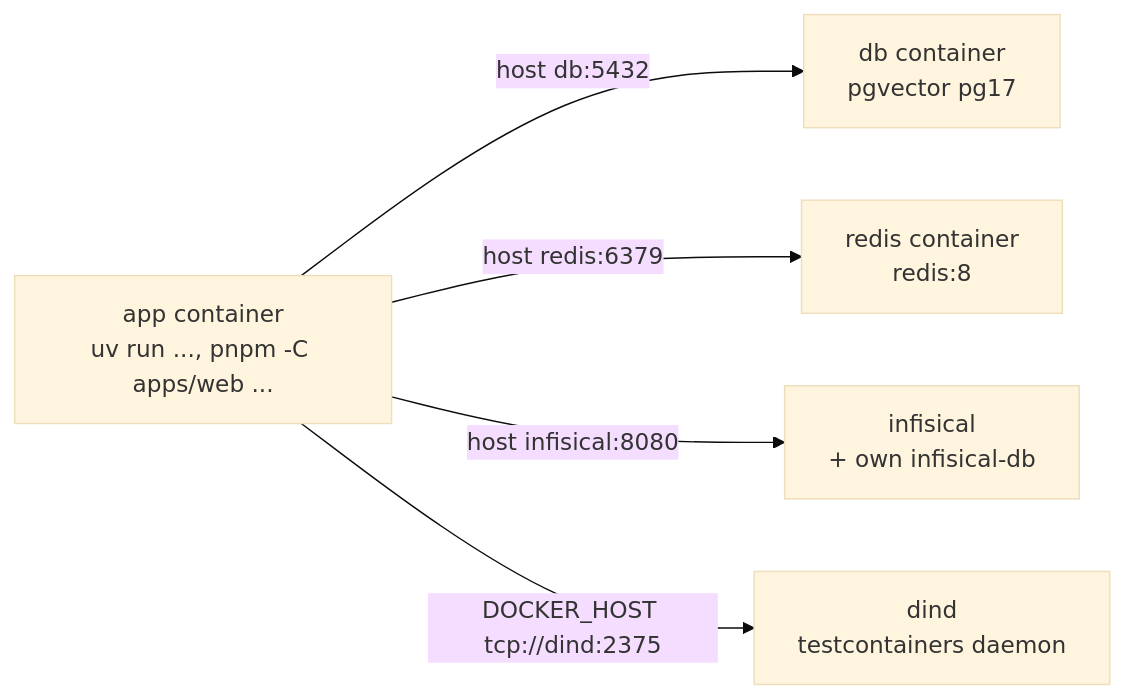
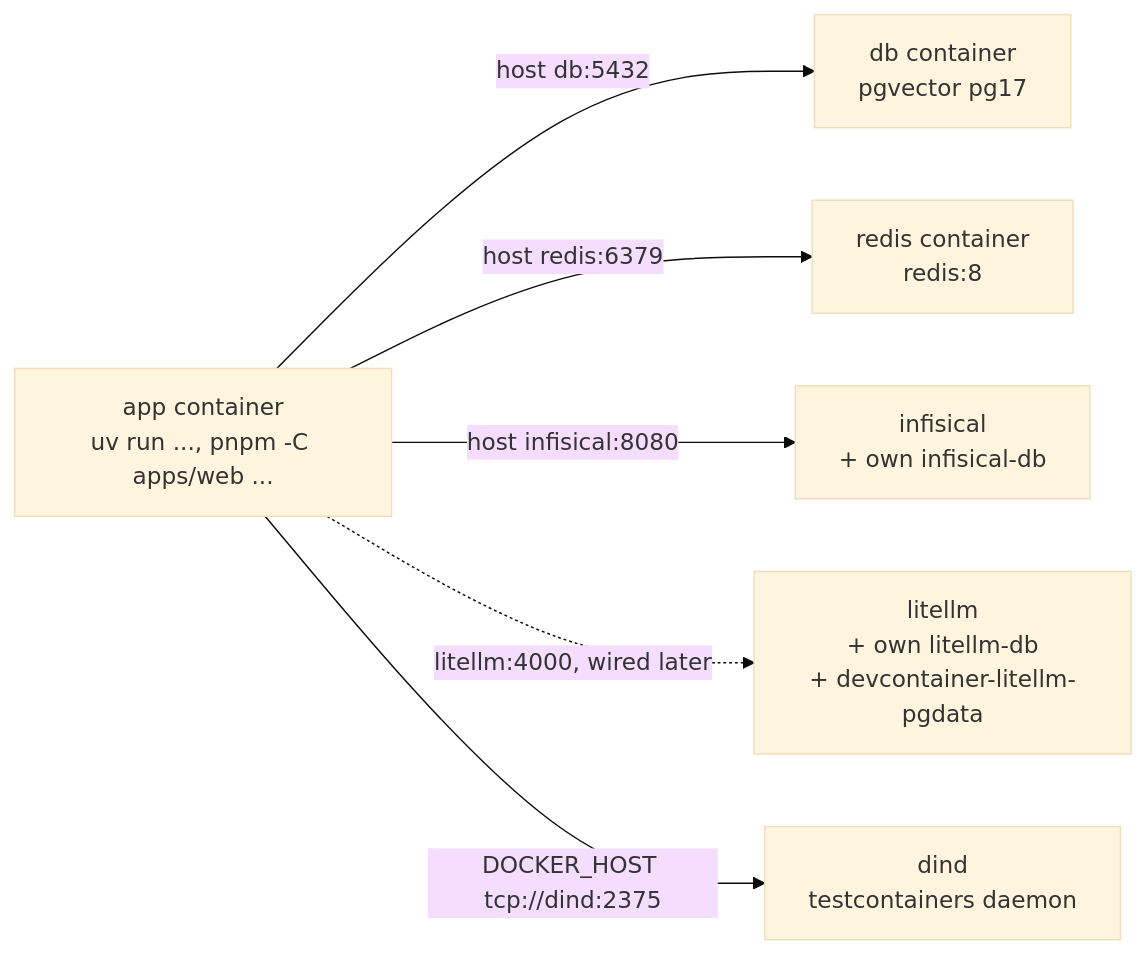
The diagram in .devcontainer/README.md (mac-lisowski/project-taipan), drawn with Mermaid (base theme) before and after one commit. The commit also changed other lines of this file and 11 other files, not shown here.

````diff
--- a/.devcontainer/README.md
+++ b/.devcontainer/README.md
@@ -7,7 +7,8 @@
 ```mermaid
 graph LR
   A[app container<br>uv run ..., pnpm -C apps/web ...] -->|host db:5432| B[db container<br>pgvector pg17]
   A -->|host redis:6379| R[redis container<br>redis:8]
   A -->|host infisical:8080| I[infisical<br>+ own infisical-db]
+  A -.->|litellm:4000, wired later| L[litellm<br>+ own litellm-db<br>+ devcontainer-litellm-pgdata]
   A -->|DOCKER_HOST tcp://dind:2375| C[dind<br>testcontainers daemon]
 ```
````
